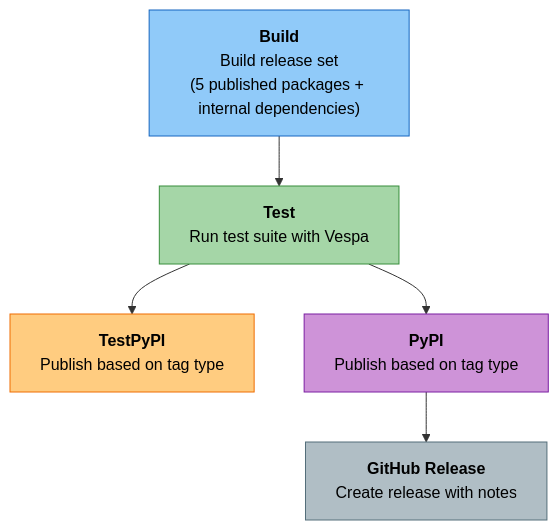
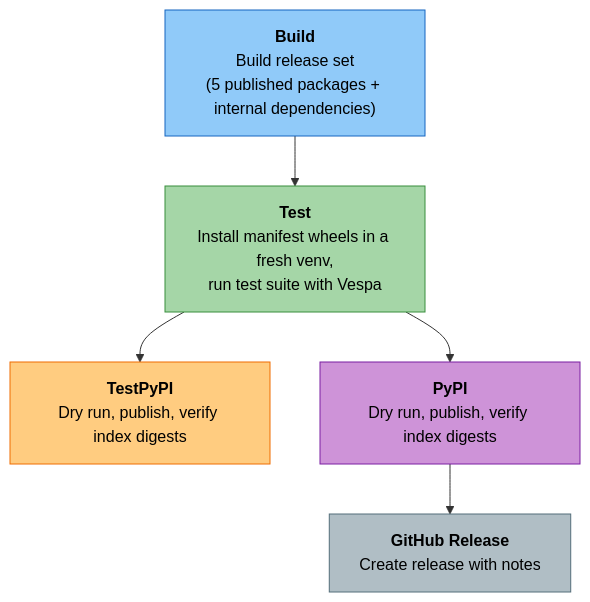
Before and after one commit to amit-jain/cogniverse: the second of 2 diagrams in docs/development/publishing-guide.md, drawn with Mermaid. The commit also changed 3 other files, not shown here.

First line of the commit message:
Verify the manifest set in the release workflow's test and publish jobs

````diff
--- a/docs/development/publishing-guide.md
+++ b/docs/development/publishing-guide.md
@@ -643,19 +643,19 @@
 ```mermaid
 flowchart TD
     A["<span style='color:#000'><b>Build</b><br/>Build release set<br/>(5 published packages + internal dependencies)</span>"]
-    B["<span style='color:#000'><b>Test</b><br/>Run test suite with Vespa</span>"]
-    C["<span style='color:#000'><b>TestPyPI</b><br/>Publish based on tag type</span>"]
-    D["<span style='color:#000'><b>PyPI</b><br/>Publish based on tag type</span>"]
+    B["<span style='color:#000'><b>Test</b><br/>Install manifest wheels in a fresh venv,<br/>run test suite with Vespa</span>"]
+    C["<span style='color:#000'><b>TestPyPI</b><br/>Dry run, publish, verify index digests</span>"]
+    D["<span style='color:#000'><b>PyPI</b><br/>Dry run, publish, verify index digests</span>"]
     E["<span style='color:#000'><b>GitHub Release</b><br/>Create release with notes</span>"]
 
     A --> B
     B --> C
     B --> D
     D --> E
 
     style A fill:#90caf9,stroke:#1565c0,color:#000
     style B fill:#a5d6a7,stroke:#388e3c,color:#000
     style C fill:#ffcc80,stroke:#ef6c00,color:#000
     style D fill:#ce93d8,stroke:#7b1fa2,color:#000
     style E fill:#b0bec5,stroke:#546e7a,color:#000
 ```
````
